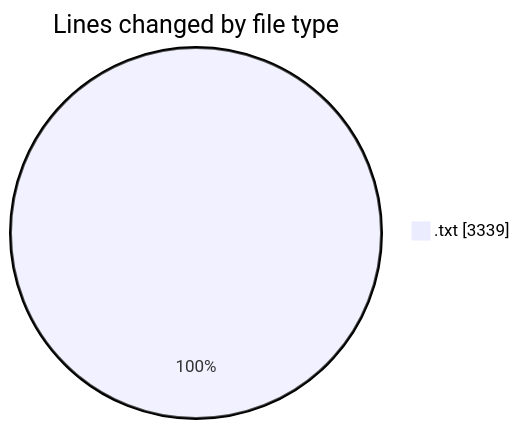
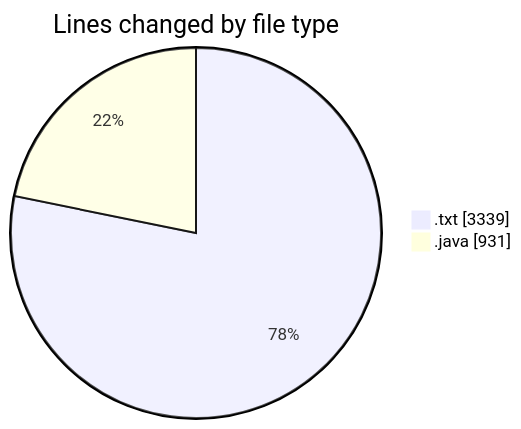
One commit to ricardozamudiocil/code-tracking changed the first of 2 diagrams in 2026-11-16/cilapp/README.md. Above: the diagram before and after it, drawn with Mermaid. The commit also changed other lines of this file and 1 other file, not shown here.

````diff
--- a/2026-11-16/cilapp/README.md
+++ b/2026-11-16/cilapp/README.md
@@ -20,5 +21,6 @@
 ```mermaid
 pie showData
 title Lines changed by file type
 ".txt" : 3339
+".java" : 931
 ```
````
